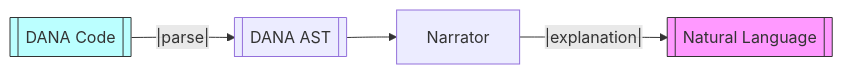
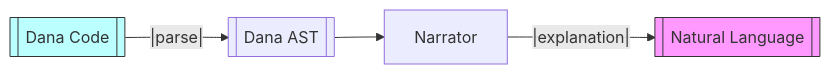
The fourth of 4 diagrams in docs/dana/transcoder.md (aitomatic/dana), drawn with Mermaid before and after one commit. The commit also changed other lines of this file and 54 other files, not shown here.

````diff
--- a/docs/dana/transcoder.md
+++ b/docs/dana/transcoder.md
@@ -66,8 +66,8 @@
 ```mermaid
 graph LR
-    DANA[[DANA Code]] --|parse|--> AST[[DANA AST]]
+    Dana[[Dana Code]] --|parse|--> AST[[Dana AST]]
     AST --> N[Narrator]
     N --|explanation|--> NL[[Natural Language]]
     style NL fill:#f9f,stroke:#333
-    style DANA fill:#bff,stroke:#333
+    style Dana fill:#bff,stroke:#333
 ```
````
